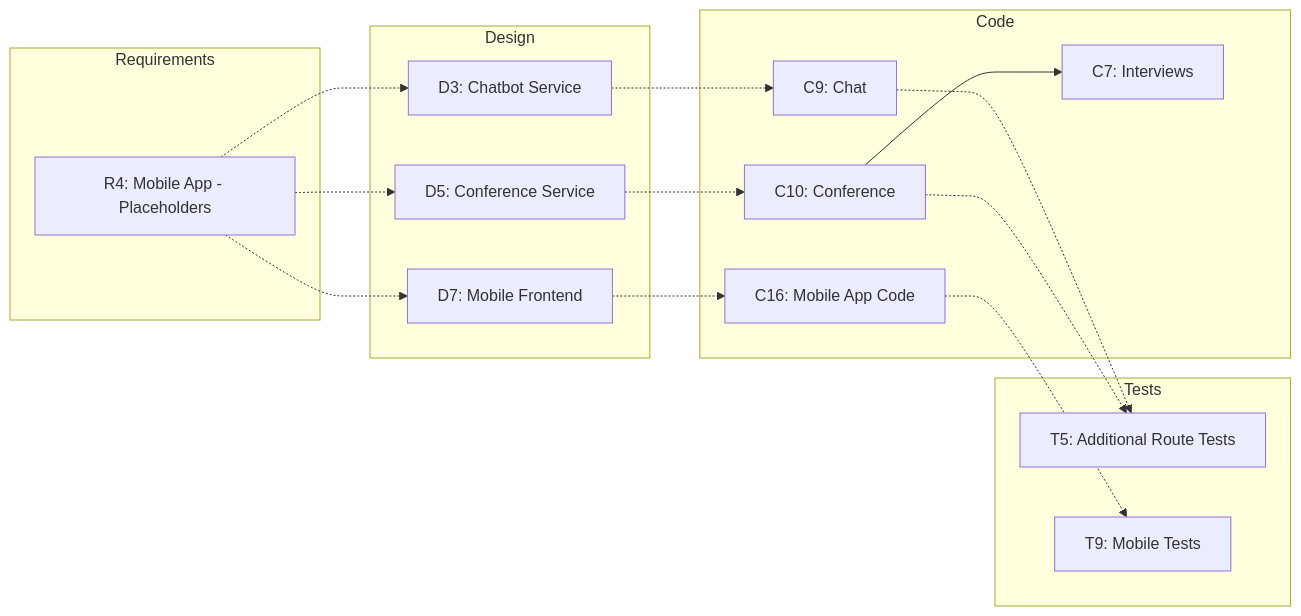
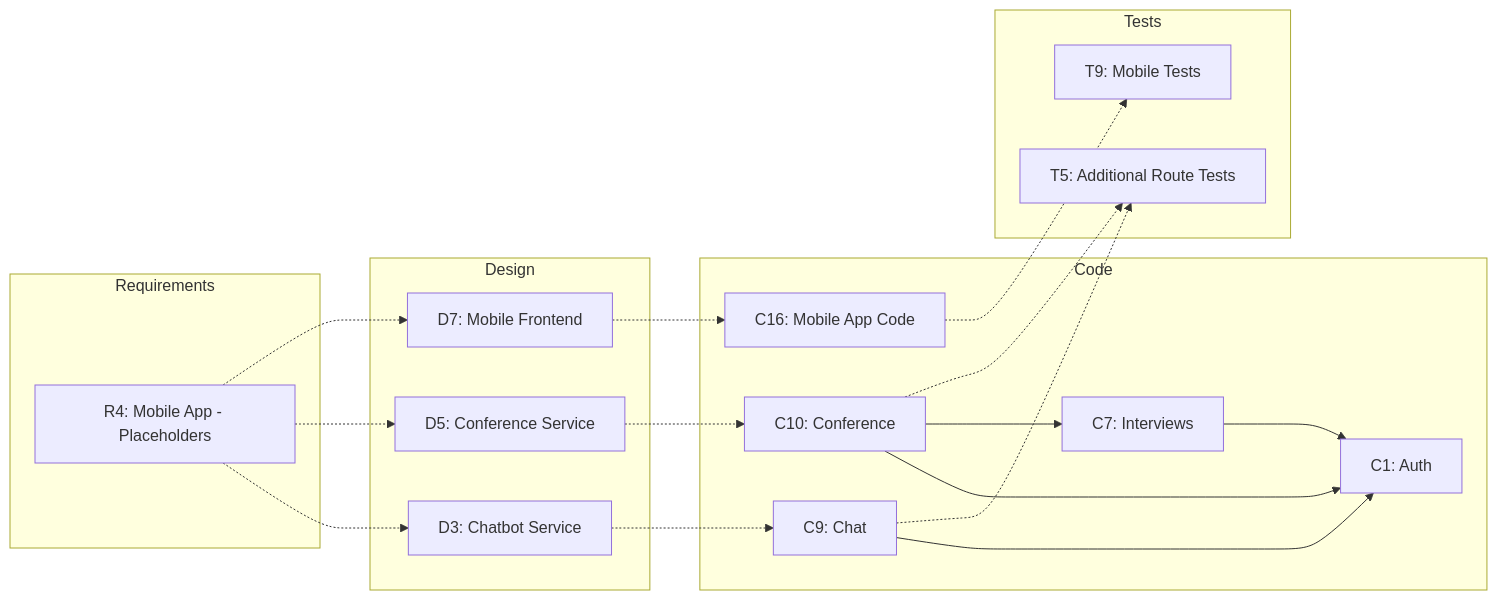
Before and after one commit to outoft3n/2025-ITCS383-Chongyai: the fifth of 8 diagrams in D4_IMPACT_ANALYSIS.MD, drawn with Mermaid. The commit also changed other lines of this file, not shown here.

````diff
--- a/D4_IMPACT_ANALYSIS.MD
+++ b/D4_IMPACT_ANALYSIS.MD
@@ -413,39 +441,43 @@
 ```mermaid
 graph LR
- 
+
 subgraph Requirements
 R4[R4: Mobile App - Placeholders]
 end
- 
+
 subgraph Design
 D3[D3: Chatbot Service]
 D5[D5: Conference Service]
 D7[D7: Mobile Frontend]
 end
- 
+
 subgraph Code
+C1[C1: Auth]
+C7[C7: Interviews]
 C9[C9: Chat]
 C10[C10: Conference]
-C7[C7: Interviews]
 C16[C16: Mobile App Code]
 end
- 
+
 subgraph Tests
 T5[T5: Additional Route Tests]
 T9[T9: Mobile Tests]
 end
- 
+
 R4 -.-> D3
 R4 -.-> D5
 R4 -.-> D7
- 
+
 D3 -.-> C9
 D5 -.-> C10
 D7 -.-> C16
- 
+
+C9 --> C1
+C10 --> C1
 C10 --> C7
- 
+C7 --> C1
+
 C9 -.-> T5
 C10 -.-> T5
 C16 -.-> T9
 ```
````
